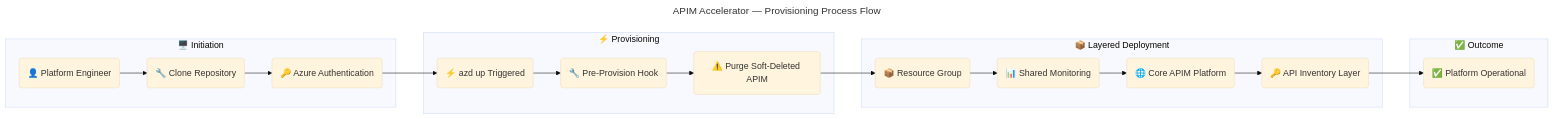
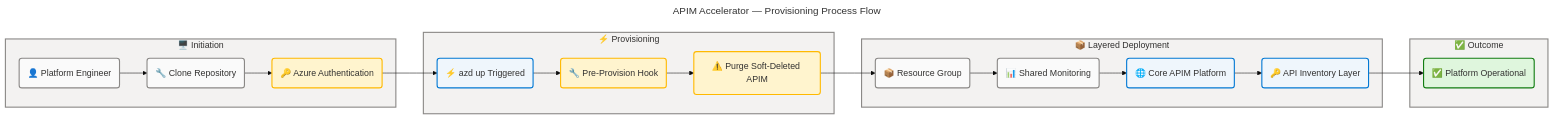
Before and after one commit to Evilazaro/APIM-Accelerator: the second of 6 diagrams in docs/architecture/business-architecture.md, drawn with Mermaid. The commit also changed other lines of this file, not shown here.

Commit message:
style: enhance flowchart styles with additional class definitions for improved clarity and consistency in business architecture diagrams

````diff
--- a/docs/architecture/business-architecture.md
+++ b/docs/architecture/business-architecture.md
@@ -324,56 +334,67 @@
 ```mermaid
 ---
 title: "APIM Accelerator — Provisioning Process Flow"
 config:
   theme: base
   look: classic
   layout: dagre
   themeVariables:
     fontSize: '16px'
   flowchart:
     htmlLabels: true
 ---
 flowchart LR
     accTitle: API Platform Provisioning Process Flow
     accDescr: End-to-end provisioning sequence from platform engineer authentication through azd-up trigger, pre-provision hook soft-delete cleanup, layered Bicep deployment of monitoring then APIM then inventory, to operational platform outcome — sourced from README.md and azure.yaml
 
     %% ═══════════════════════════════════════════════════════════════════════════
     %% AZURE / FLUENT ARCHITECTURE PATTERN v2.0
     %% (Semantic + Structural + Font + Accessibility Governance)
     %% ═══════════════════════════════════════════════════════════════════════════
     %% PHASE 1 - FLUENT UI: All styling uses approved Fluent UI palette only
     %% PHASE 2 - GROUPS: Every subgraph has semantic color via style directive
     %% PHASE 3 - COMPONENTS: Every node has semantic classDef + icon prefix
     %% PHASE 4 - ACCESSIBILITY: accTitle/accDescr present, WCAG AA contrast
     %% PHASE 5 - STANDARD: Governance block present, classDefs centralized
     %% ═══════════════════════════════════════════════════════════════════════════
 
 
     subgraph initiation["🖥️ Initiation"]
         actor("👤 Platform Engineer"):::neutral
         clone("🔧 Clone Repository"):::neutral
         auth("🔑 Azure Authentication"):::warning
     end
 
     subgraph provisioning["⚡ Provisioning"]
         trigger("⚡ azd up Triggered"):::core
         preHook("🔧 Pre-Provision Hook"):::warning
         purge("⚠️ Purge Soft-Deleted APIM"):::warning
     end
 
     subgraph deployment["📦 Layered Deployment"]
         rg("📦 Resource Group"):::neutral
         monitoring("📊 Shared Monitoring"):::neutral
         apim("🌐 Core APIM Platform"):::core
         inventory("🔑 API Inventory Layer"):::core
     end
 
     subgraph outcome["✅ Outcome"]
         ready("✅ Platform Operational"):::success
     end
 
     actor --> clone --> auth --> trigger
     trigger --> preHook --> purge --> rg
     rg --> monitoring --> apim --> inventory --> ready
 
+    classDef neutral fill:#FAFAFA,stroke:#8A8886,stroke-width:2px,color:#323130
+    classDef core fill:#EFF6FC,stroke:#0078D4,stroke-width:2px,color:#323130
+    classDef success fill:#DFF6DD,stroke:#107C10,stroke-width:2px,color:#323130
+    classDef warning fill:#FFF4CE,stroke:#FFB900,stroke-width:2px,color:#323130
+    classDef danger fill:#FDE7E9,stroke:#D13438,stroke-width:2px,color:#323130
+
+    style initiation fill:#F3F2F1,stroke:#8A8886,stroke-width:2px,color:#323130
+    style provisioning fill:#F3F2F1,stroke:#8A8886,stroke-width:2px,color:#323130
+    style deployment fill:#F3F2F1,stroke:#8A8886,stroke-width:2px,color:#323130
+    style outcome fill:#F3F2F1,stroke:#8A8886,stroke-width:2px,color:#323130
+
 ```
````
